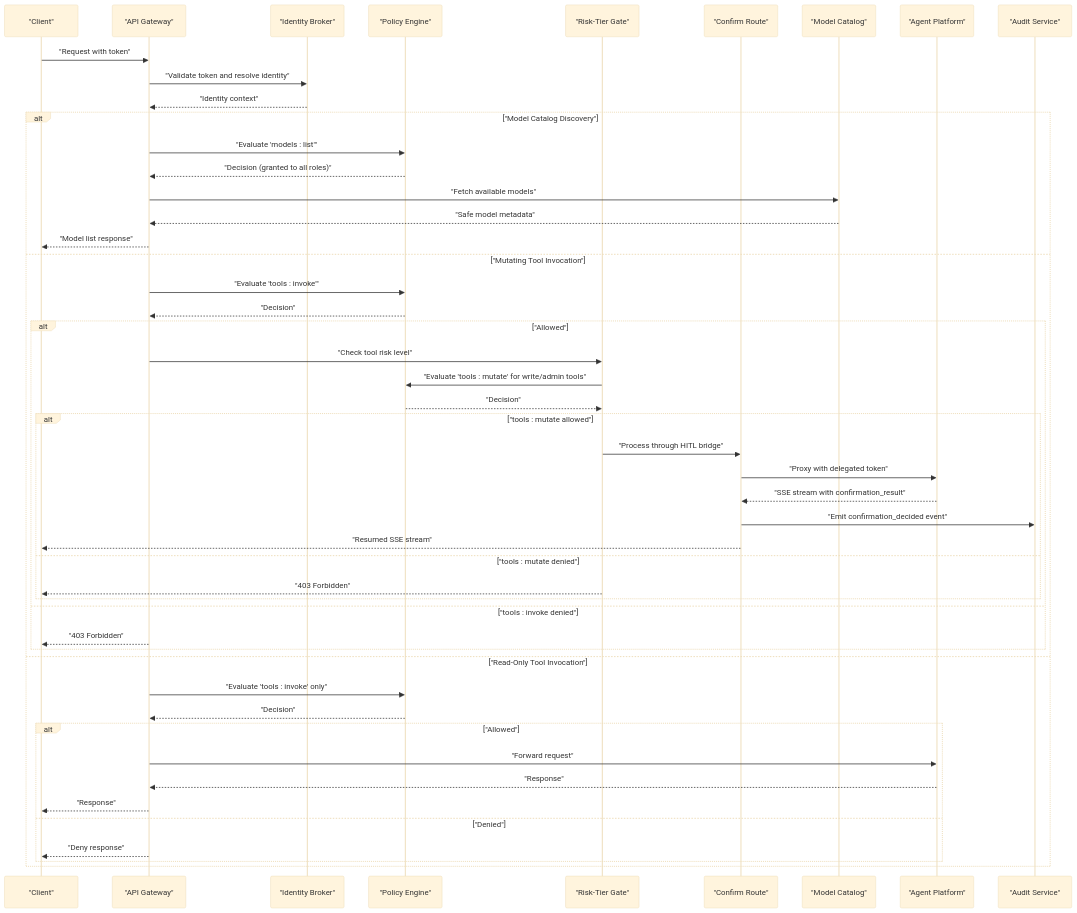
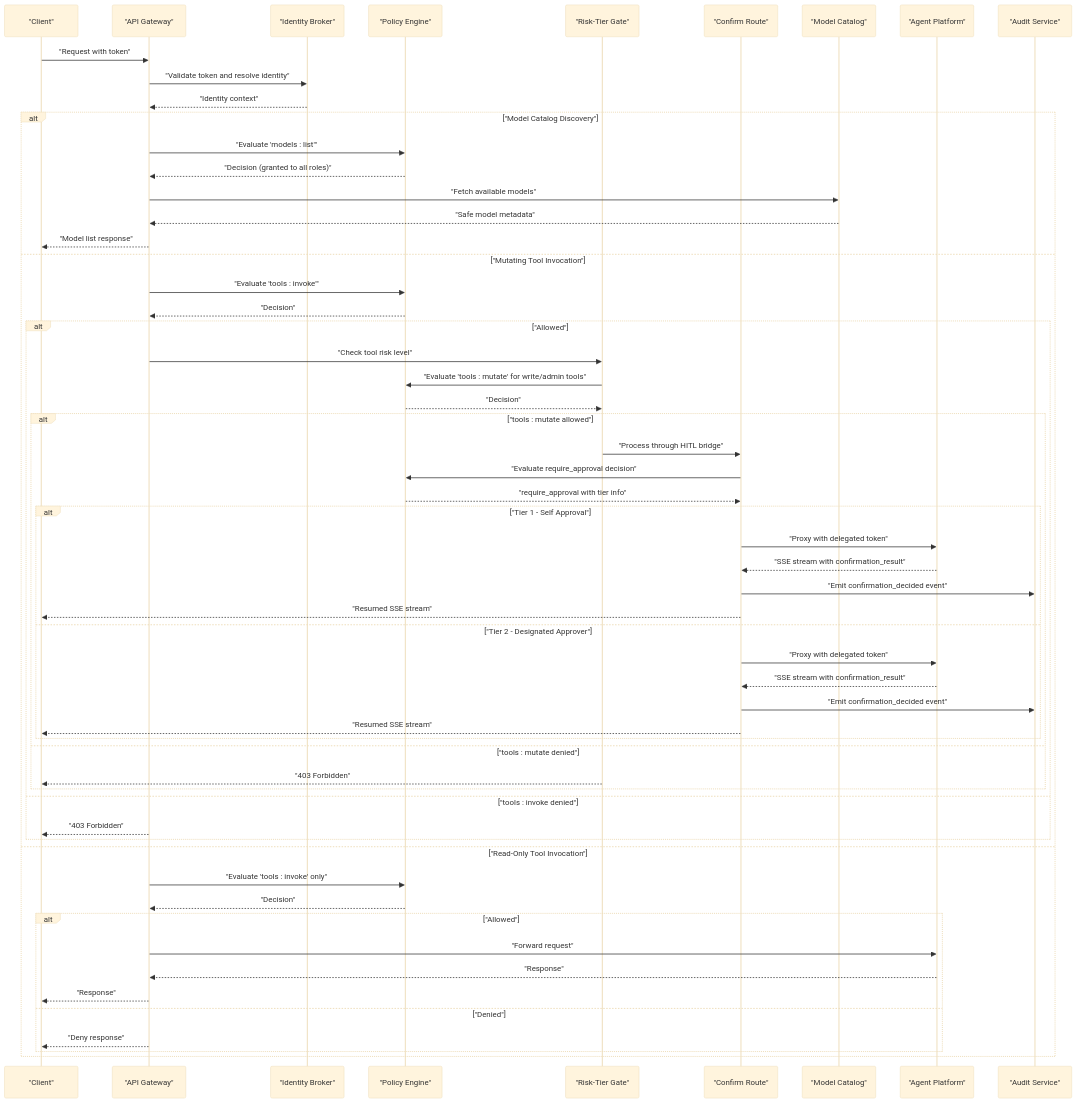
Before and after one commit to metasync/luban-aiops: the second of 5 diagrams in .qoder/repowiki/en/content/Policy Management/Policy Management.md, drawn with Mermaid (base theme). The commit also changed other lines of this file and 7 other files, not shown here.

````diff
--- a/.qoder/repowiki/en/content/Policy Management/Policy Management.md
+++ b/.qoder/repowiki/en/content/Policy Management/Policy Management.md
@@ -269,51 +275,60 @@
 ```mermaid
 sequenceDiagram
 participant Client as "Client"
 participant Gateway as "API Gateway"
 participant Identity as "Identity Broker"
 participant Engine as "Policy Engine"
 participant RiskGate as "Risk-Tier Gate"
 participant Confirm as "Confirm Route"
 participant ModelCatalog as "Model Catalog"
 participant Agent as "Agent Platform"
 participant Audit as "Audit Service"
 Client->>Gateway : "Request with token"
 Gateway->>Identity : "Validate token and resolve identity"
 Identity-->>Gateway : "Identity context"
 alt "Model Catalog Discovery"
 Gateway->>Engine : "Evaluate 'models : list'"
 Engine-->>Gateway : "Decision (granted to all roles)"
 Gateway->>ModelCatalog : "Fetch available models"
 ModelCatalog-->>Gateway : "Safe model metadata"
 Gateway-->>Client : "Model list response"
 else "Mutating Tool Invocation"
 Gateway->>Engine : "Evaluate 'tools : invoke'"
 Engine-->>Gateway : "Decision"
 alt "Allowed"
 Gateway->>RiskGate : "Check tool risk level"
 RiskGate->>Engine : "Evaluate 'tools : mutate' for write/admin tools"
 Engine-->>RiskGate : "Decision"
 alt "tools : mutate allowed"
 RiskGate->>Confirm : "Process through HITL bridge"
+Confirm->>Engine : "Evaluate require_approval decision"
+Engine-->>Confirm : "require_approval with tier info"
+alt "Tier 1 - Self Approval"
 Confirm->>Agent : "Proxy with delegated token"
 Agent-->>Confirm : "SSE stream with confirmation_result"
 Confirm->>Audit : "Emit confirmation_decided event"
 Confirm-->>Client : "Resumed SSE stream"
+else "Tier 2 - Designated Approver"
+Confirm->>Agent : "Proxy with delegated token"
+Agent-->>Confirm : "SSE stream with confirmation_result"
+Confirm->>Audit : "Emit confirmation_decided event"
+Confirm-->>Client : "Resumed SSE stream"
+end
 else "tools : mutate denied"
 RiskGate-->>Client : "403 Forbidden"
 end
 else "tools : invoke denied"
 Gateway-->>Client : "403 Forbidden"
 end
 else "Read-Only Tool Invocation"
 Gateway->>Engine : "Evaluate 'tools : invoke' only"
 Engine-->>Gateway : "Decision"
 alt "Allowed"
 Gateway->>Agent : "Forward request"
 Agent-->>Gateway : "Response"
 Gateway-->>Client : "Response"
 else "Denied"
 Gateway-->>Client : "Deny response"
 end
 end
 ```
````
